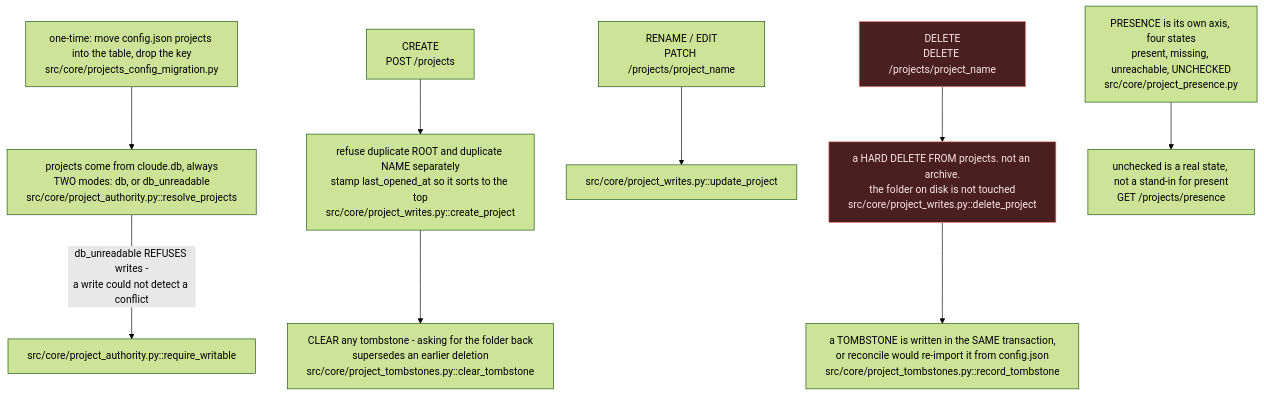
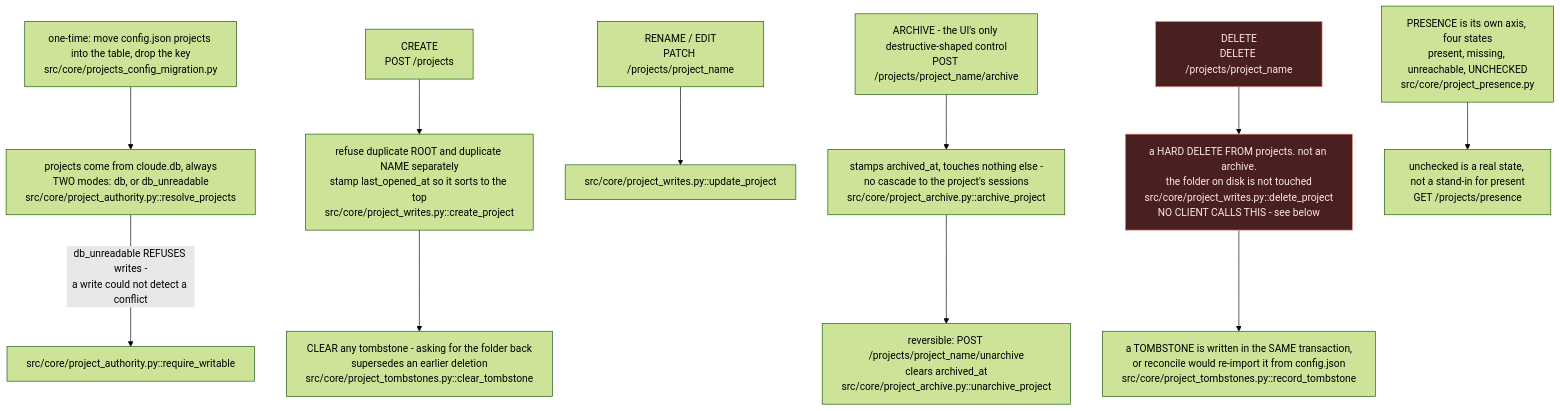
The fifth of 9 diagrams in docs/session-project-operations.md (ccsliinc/CloudeCode), drawn with Mermaid (forest theme) before and after one commit. The commit also changed other lines of this file and 19 other files, not shown here.

First line of the commit message:
fix(ui): archive, not delete, everywhere a person reads it

````diff
--- a/docs/session-project-operations.md
+++ b/docs/session-project-operations.md
@@ -212,20 +212,23 @@
 ```mermaid
 graph TD
     classDef hard fill:#4a1f1f,stroke:#f28b82,color:#fce8e6
 
     AUTH["projects come from cloude.db, always<br/>TWO modes: db, or db_unreadable<br/>src/core/project_authority.py::resolve_projects"]
     AUTH -->|"db_unreadable REFUSES writes -<br/>a write could not detect a conflict"| RO["src/core/project_authority.py::require_writable"]
 
     MIG["one-time: move config.json projects into the table, drop the key<br/>src/core/projects_config_migration.py"]
     MIG --> AUTH
 
     PC["CREATE<br/>POST /projects"] --> PC1["refuse duplicate ROOT and duplicate NAME separately<br/>stamp last_opened_at so it sorts to the top<br/>src/core/project_writes.py::create_project"]
     PC1 --> PC2["CLEAR any tombstone - asking for the folder back<br/>supersedes an earlier deletion<br/>src/core/project_tombstones.py::clear_tombstone"]
 
     PU["RENAME / EDIT<br/>PATCH /projects/project_name"] --> PU1["src/core/project_writes.py::update_project"]
 
-    PD["DELETE<br/>DELETE /projects/project_name"]:::hard --> PD1["a HARD DELETE FROM projects. not an archive.<br/>the folder on disk is not touched<br/>src/core/project_writes.py::delete_project"]:::hard
+    PA["ARCHIVE - the UI's only destructive-shaped control<br/>POST /projects/project_name/archive"] --> PA1["stamps archived_at, touches nothing else -<br/>no cascade to the project's sessions<br/>src/core/project_archive.py::archive_project"]
+    PA1 --> PA2["reversible: POST /projects/project_name/unarchive<br/>clears archived_at<br/>src/core/project_archive.py::unarchive_project"]
+
+    PD["DELETE<br/>DELETE /projects/project_name"]:::hard --> PD1["a HARD DELETE FROM projects. not an archive.<br/>the folder on disk is not touched<br/>src/core/project_writes.py::delete_project<br/>NO CLIENT CALLS THIS - see below"]:::hard
     PD1 --> PD2["a TOMBSTONE is written in the SAME transaction,<br/>or reconcile would re-import it from config.json<br/>src/core/project_tombstones.py::record_tombstone"]
 
     PP["PRESENCE is its own axis, four states<br/>present, missing, unreachable, UNCHECKED<br/>src/core/project_presence.py"] --> PP1["unchecked is a real state, not a stand-in for present<br/>GET /projects/presence"]
 ```
````
